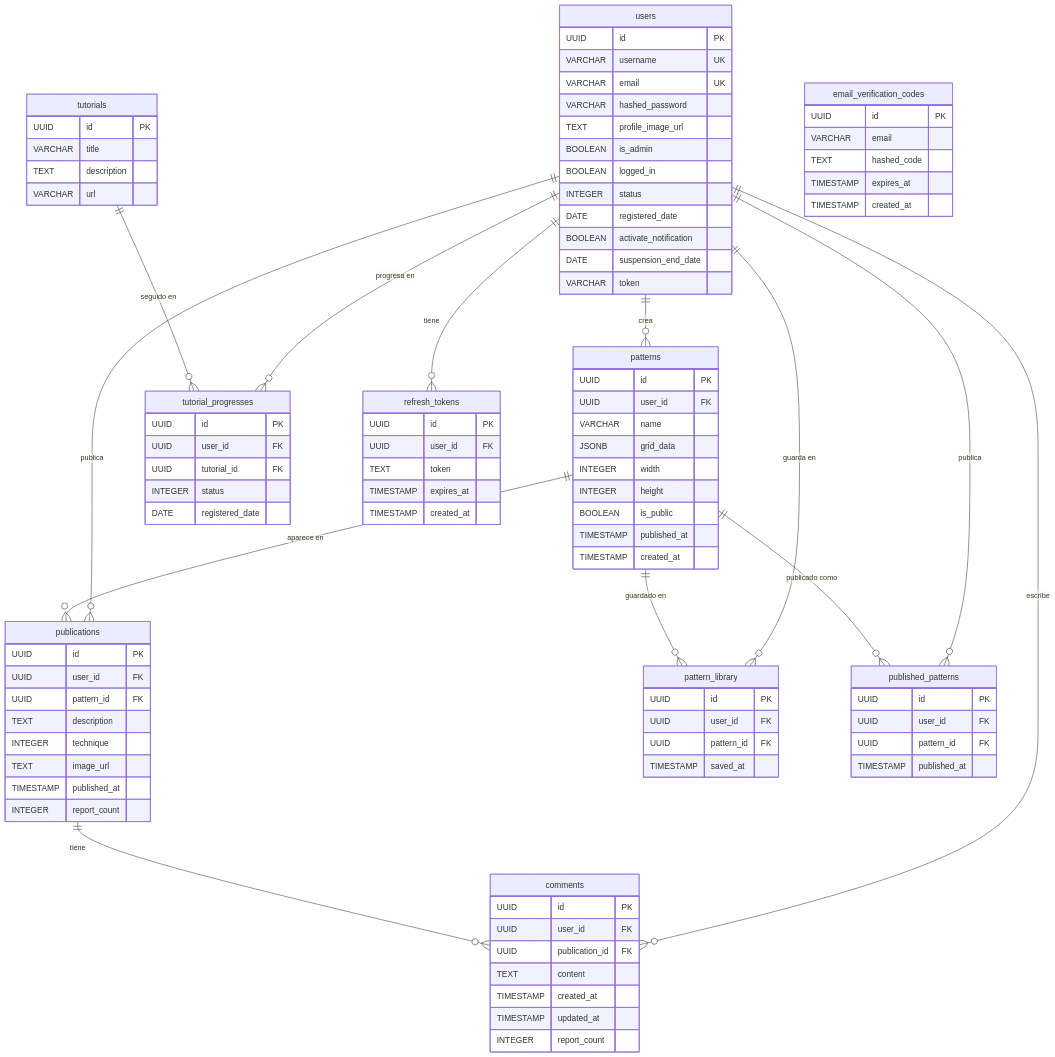
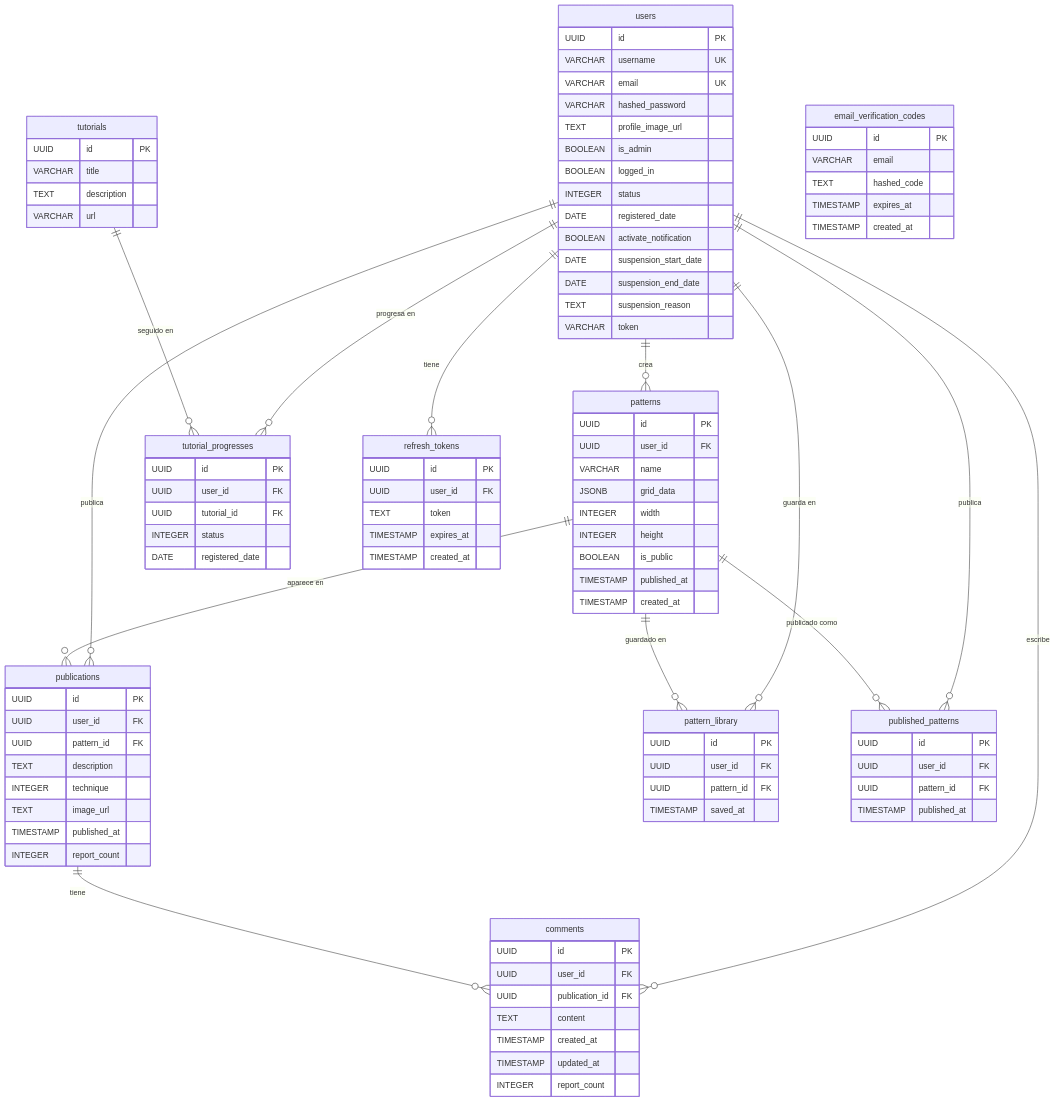
The diagram in docs/diagrams/DatabaseDiagram.md (ryu1uga/2026-1.856.Patronika_Backend), drawn with Mermaid before and after one commit. The commit also changed 4 other files, not shown here.

Commit message:
actualización diagramas

```diff
--- a/docs/diagrams/DatabaseDiagram.md
+++ b/docs/diagrams/DatabaseDiagram.md
@@ -13,7 +13,9 @@
         INTEGER status
         DATE registered_date
         BOOLEAN activate_notification
+        DATE suspension_start_date
         DATE suspension_end_date
+        TEXT suspension_reason
         VARCHAR token
     }
 
```
